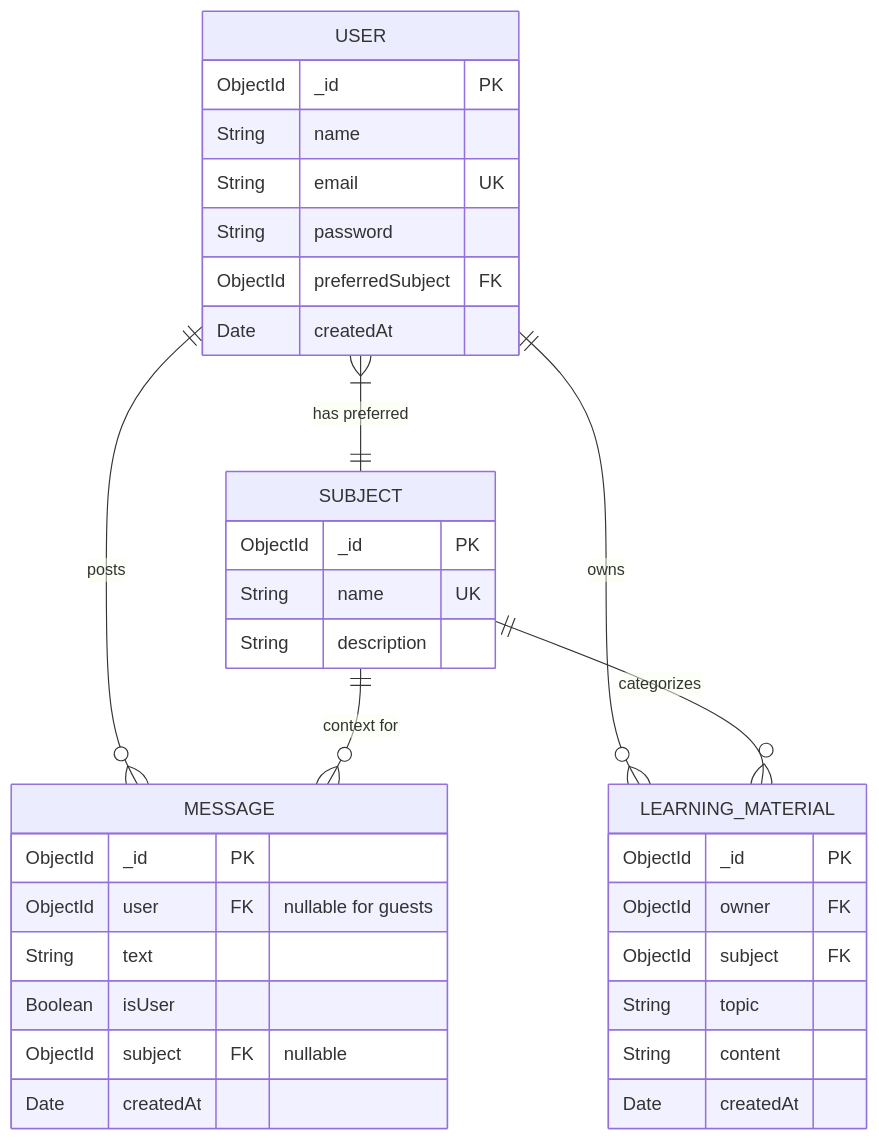
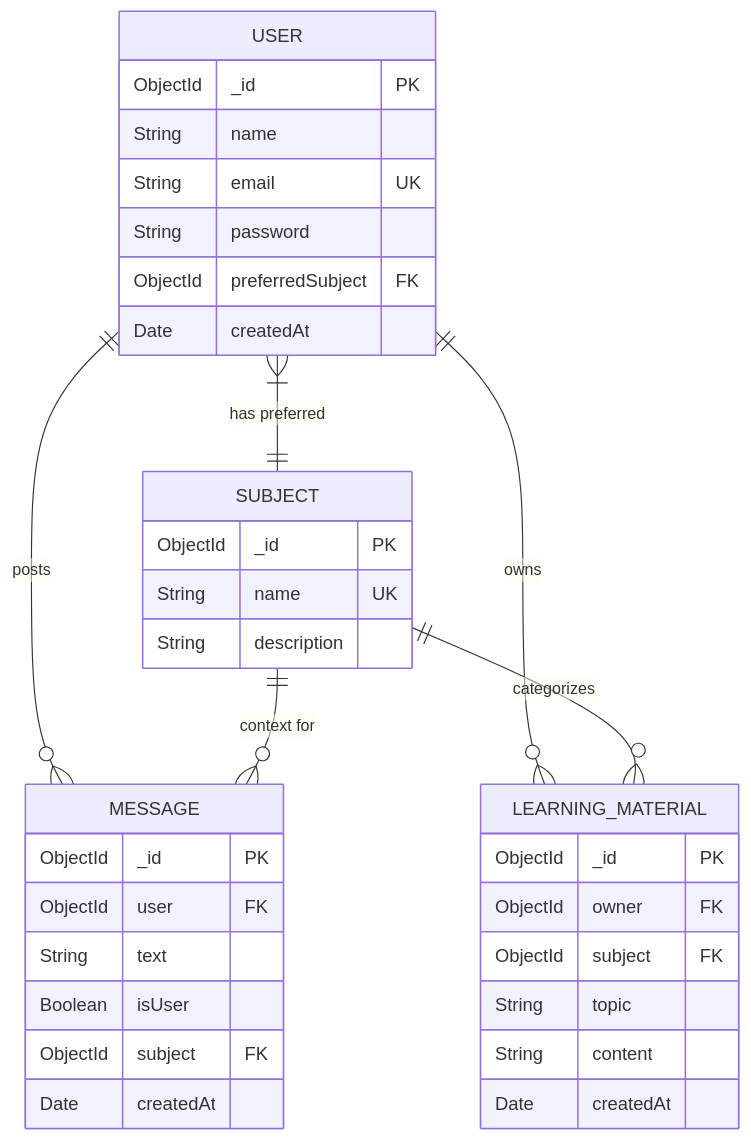
One commit to Gracielleee/DevOps changed the diagram in docs/DATABASE.md. Above: the diagram before and after it, drawn with Mermaid.

Commit message:
Remove nullable annotations from MESSAGE schema

````diff
--- a/docs/DATABASE.md
+++ b/docs/DATABASE.md
@@ -9,42 +9,42 @@
 ```mermaid
 erDiagram
     USER ||--o{ MESSAGE : "posts"
     USER ||--o{ LEARNING_MATERIAL : "owns"
     USER }|--|| SUBJECT : "has preferred"
     
     SUBJECT ||--o{ LEARNING_MATERIAL : "categorizes"
     SUBJECT ||--o{ MESSAGE : "context for"
     
     USER {
         ObjectId _id PK
         String name
         String email UK
         String password
         ObjectId preferredSubject FK
         Date createdAt
     }
     
     SUBJECT {
         ObjectId _id PK
         String name UK
         String description
     }
     
     LEARNING_MATERIAL {
         ObjectId _id PK
         ObjectId owner FK
         ObjectId subject FK
         String topic
         String content
         Date createdAt
     }
     
     MESSAGE {
         ObjectId _id PK
-        ObjectId user FK "nullable for guests"
+        ObjectId user FK 
         String text
         Boolean isUser
-        ObjectId subject FK "nullable"
+        ObjectId subject FK 
         Date createdAt
     }
 ```
````
